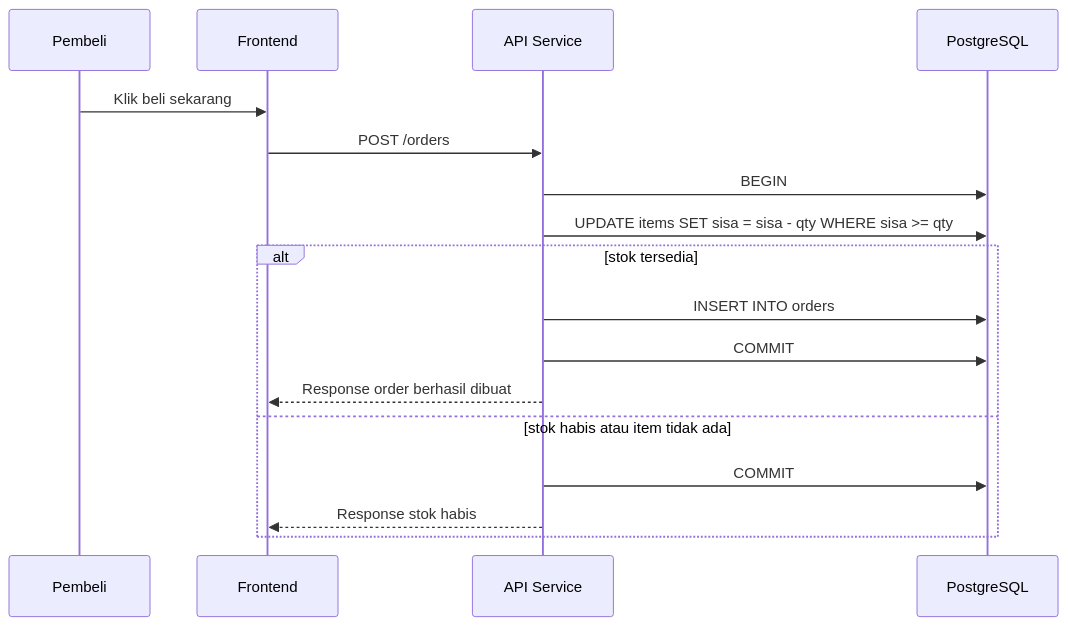
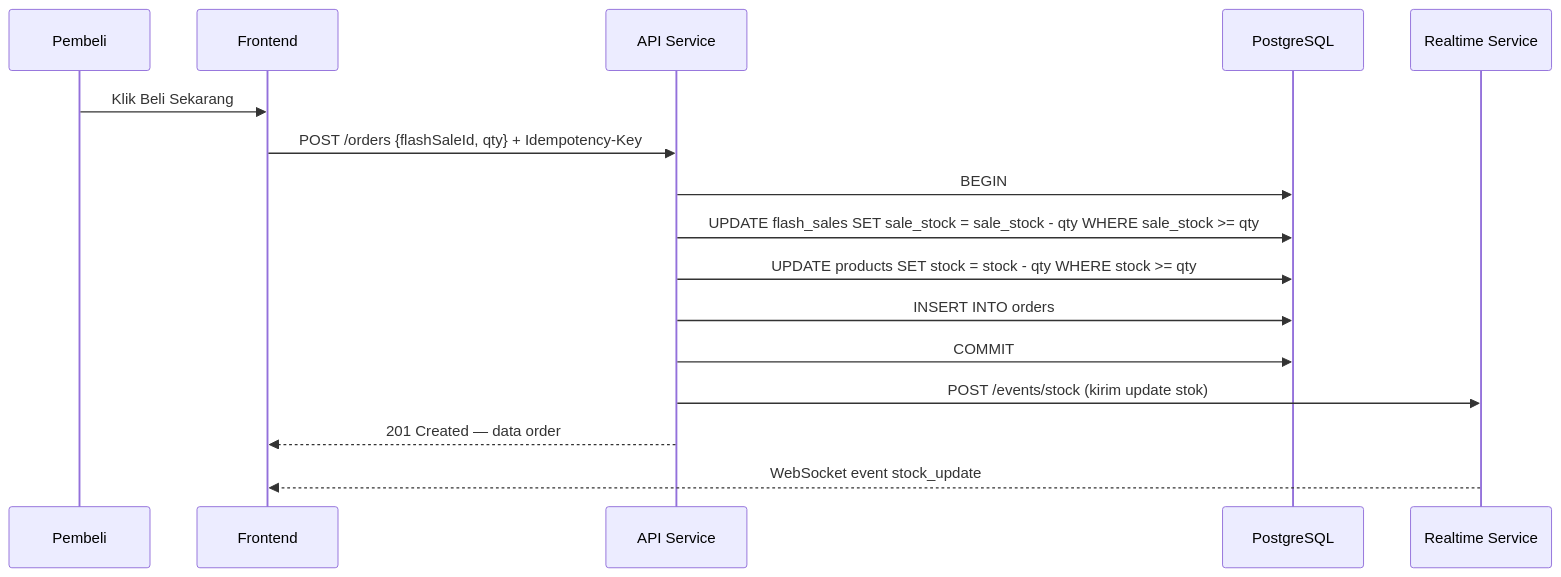
One commit to Fadlurrahman-Rivai/live-shopping-flash-sale changed the third of 5 diagrams in Document/ARCHITECTURE/README.md. Above: the diagram before and after it, drawn with Mermaid. The commit also changed other lines of this file and 31 other files, not shown here.

````diff
--- a/Document/ARCHITECTURE/README.md
+++ b/Document/ARCHITECTURE/README.md
@@ -164,20 +177,19 @@
 ```mermaid
 sequenceDiagram
     participant U as Pembeli
     participant FE as Frontend
     participant API as API Service
     participant PG as PostgreSQL
+    participant RT as Realtime Service
 
-    U->>FE: Klik beli sekarang
-    FE->>API: POST /orders
-  API->>PG: BEGIN
-  API->>PG: UPDATE items SET sisa = sisa - qty WHERE sisa >= qty
-    alt stok tersedia
+    U->>FE: Klik Beli Sekarang
+    FE->>API: POST /orders {flashSaleId, qty} + Idempotency-Key
+    API->>PG: BEGIN
+    API->>PG: UPDATE flash_sales SET sale_stock = sale_stock - qty WHERE sale_stock >= qty
+    API->>PG: UPDATE products SET stock = stock - qty WHERE stock >= qty
     API->>PG: INSERT INTO orders
     API->>PG: COMMIT
-        API-->>FE: Response order berhasil dibuat
-  else stok habis atau item tidak ada
-    API->>PG: COMMIT
-        API-->>FE: Response stok habis
-    end
+    API->>RT: POST /events/stock (kirim update stok)
+    API-->>FE: 201 Created — data order
+    RT-->>FE: WebSocket event stock_update
 ```
````
